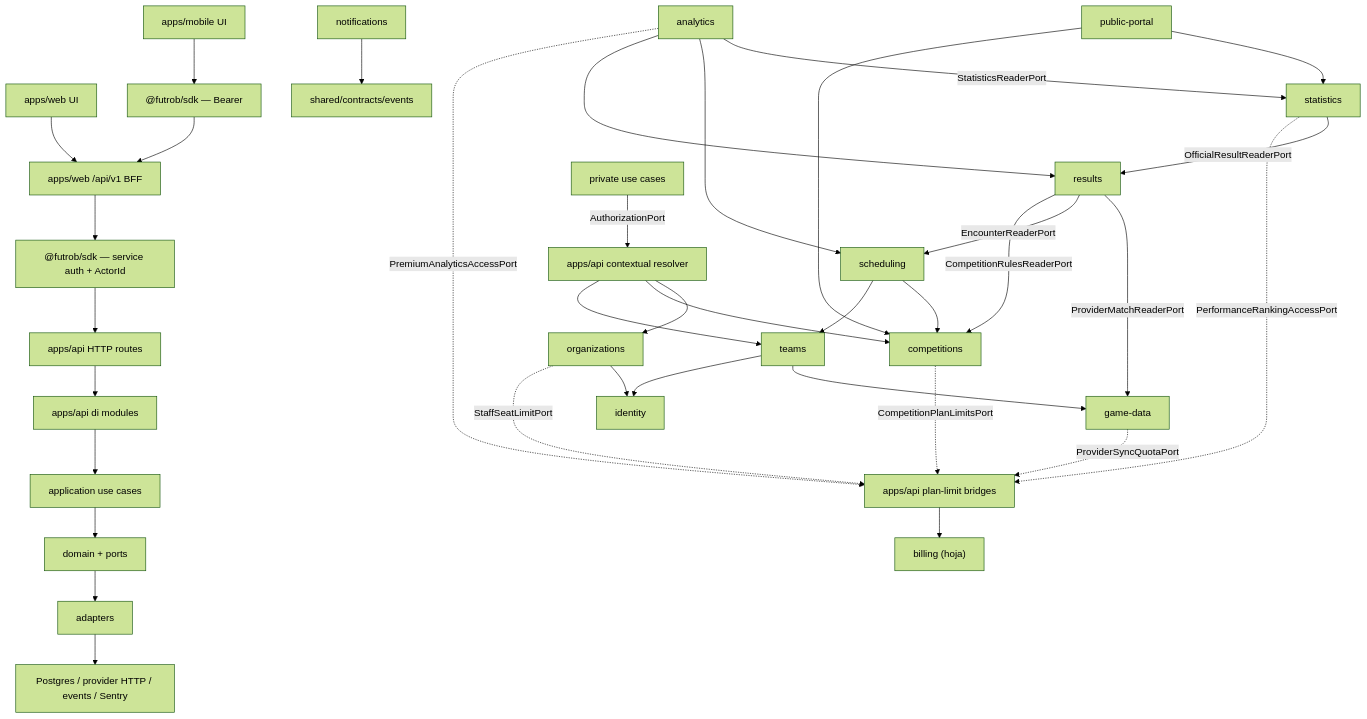
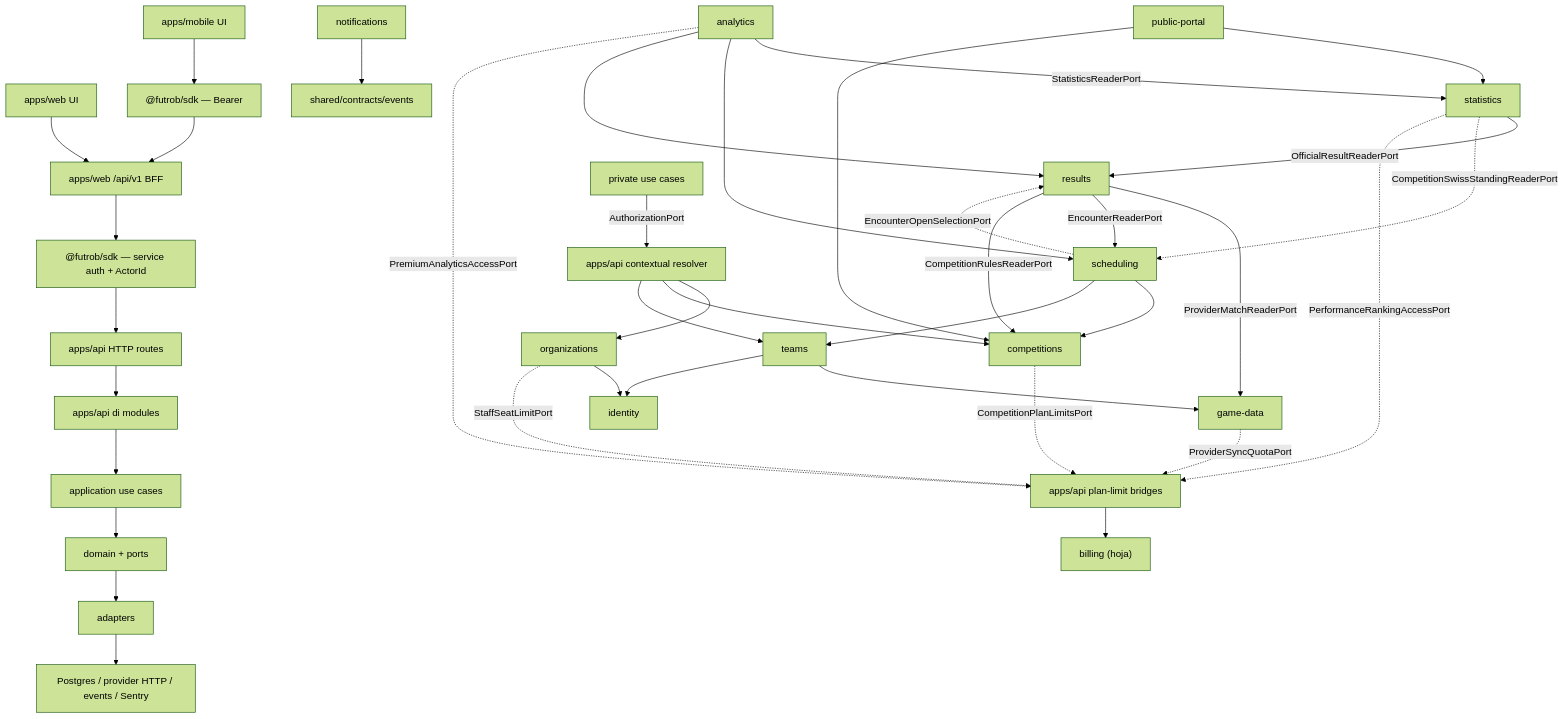
Before and after one commit to thedavos/futrob: the first of 3 diagrams in docs/architecture/dependency-graph.md, drawn with Mermaid (forest theme). The commit also changed other lines of this file and 182 other files, not shown here.

First line of the commit message:
feat(scheduling): Add the Swiss competition format (#250)

````diff
--- a/docs/architecture/dependency-graph.md
+++ b/docs/architecture/dependency-graph.md
@@ -8,39 +8,41 @@
 ```mermaid
 flowchart TD
   WebUI["apps/web UI"] --> BFF["apps/web /api/v1 BFF"]
   MobileUI["apps/mobile UI"] --> ClientSDK["@futrob/sdk — Bearer"]
   ClientSDK --> BFF
   BFF --> SDK["@futrob/sdk — service auth + ActorId"]
   SDK --> ApiRoutes["apps/api HTTP routes"]
   ApiRoutes --> DI["apps/api di modules"]
   DI --> AppLayer["application use cases"]
   AppLayer --> Domain["domain + ports"]
   Domain --> Adapters["adapters"]
   Adapters --> Infra["Postgres / provider HTTP / events / Sentry"]
 
   Results["results"] -->|"ProviderMatchReaderPort"| GameData["game-data"]
   Results -->|"EncounterReaderPort"| Scheduling["scheduling"]
   Results -->|"CompetitionRulesReaderPort"| Competitions["competitions"]
   Statistics["statistics"] -->|"OfficialResultReaderPort"| Results
   Analytics["analytics"] -->|"StatisticsReaderPort"| Statistics
   Analytics --> Scheduling
   Analytics --> Results
   Teams["teams"] --> GameData
   Teams --> Identity["identity"]
   Scheduling --> Competitions
   Scheduling --> Teams
+  Scheduling -.->|"EncounterOpenSelectionPort"| Results
+  Statistics -.->|"CompetitionSwissStandingReaderPort"| Scheduling
   Notifications["notifications"] --> SharedEvents["shared/contracts/events"]
   PublicPortal["public-portal"] --> Statistics
   PublicPortal --> Competitions
   Organizations["organizations"] --> Identity
   PlanLimitBridges["apps/api plan-limit bridges"] --> Billing["billing (hoja)"]
   Competitions -.->|"CompetitionPlanLimitsPort"| PlanLimitBridges
   Organizations -.->|"StaffSeatLimitPort"| PlanLimitBridges
   GameData -.->|"ProviderSyncQuotaPort"| PlanLimitBridges
   Statistics -.->|"PerformanceRankingAccessPort"| PlanLimitBridges
   Analytics -.->|"PremiumAnalyticsAccessPort"| PlanLimitBridges
   PrivateUseCases["private use cases"] -->|"AuthorizationPort"| AuthResolver["apps/api contextual resolver"]
   AuthResolver --> Organizations
   AuthResolver --> Competitions
   AuthResolver --> Teams
 ```
````
